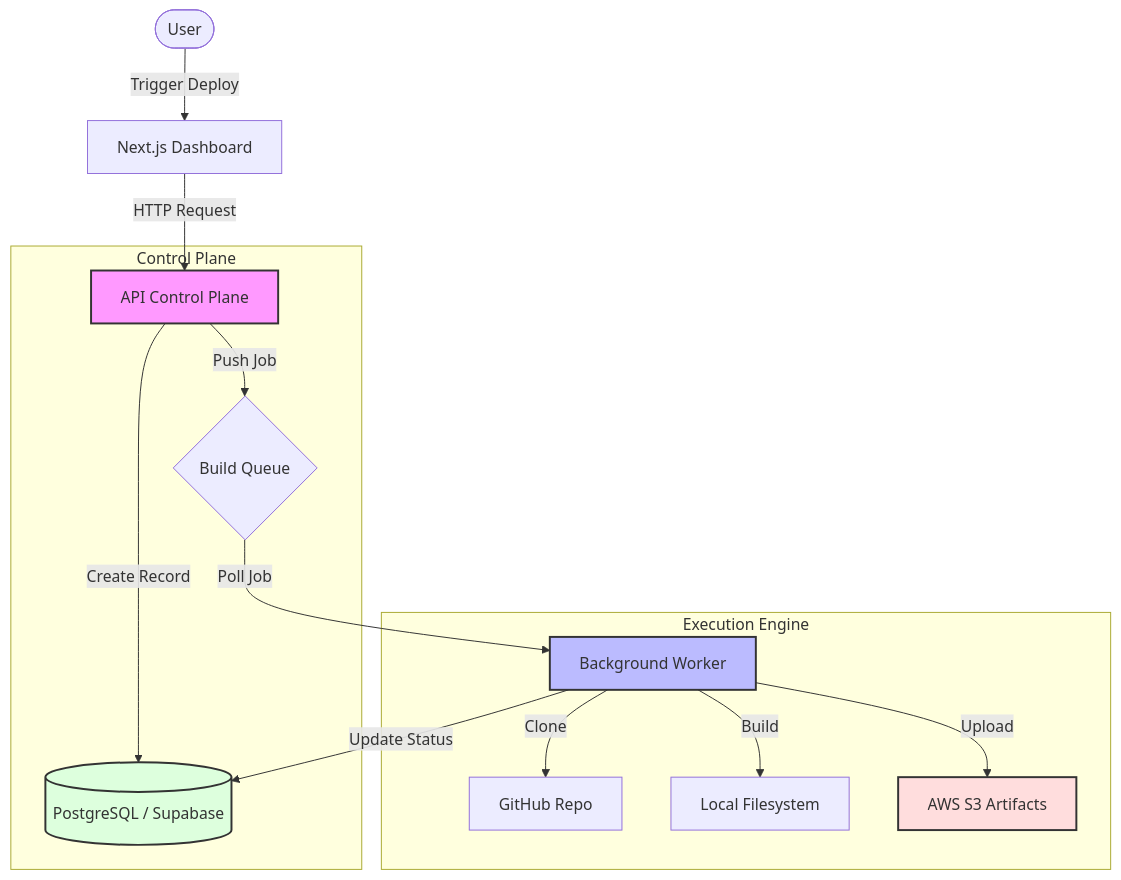
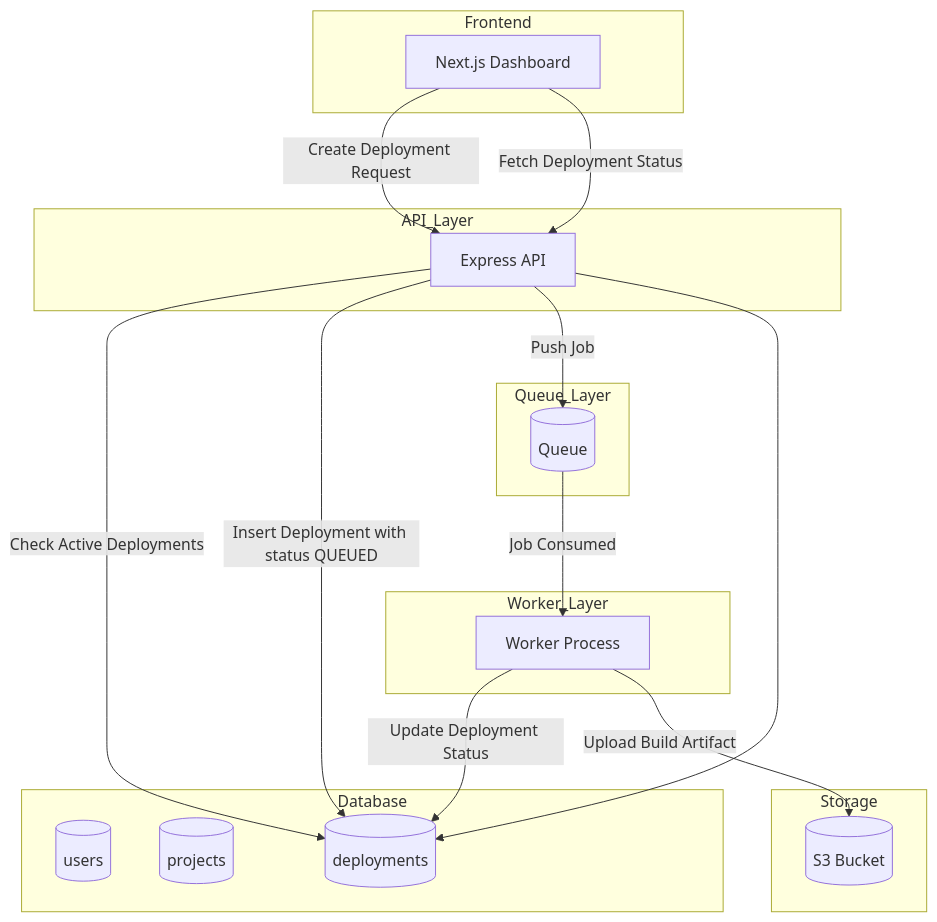
The first of 3 diagrams in README.md (Lancerhawk/DeployForge), drawn with Mermaid before and after one commit. The commit also changed other lines of this file, not shown here.

Commit message:
docs: enhance README with detailed architecture and database diagrams

````diff
--- a/README.md
+++ b/README.md
@@ -35,23 +35,39 @@
 ```mermaid
-graph TD
-    User([User]) -->|Trigger Deploy| FE[Next.js Dashboard]
-    FE -->|HTTP Request| API[API Control Plane]
-    
-    subgraph "Control Plane"
-        API -->|Create Record| DB[(PostgreSQL / Supabase)]
-        API -->|Push Job| Q{Build Queue}
-    end
+flowchart TB
 
-    subgraph "Execution Engine"
-        Q -->|Poll Job| Worker[Background Worker]
-        Worker -->|Update Status| DB
-        Worker -->|Clone| Git[GitHub Repo]
-        Worker -->|Build| Build[Local Filesystem]
-        Worker -->|Upload| S3[AWS S3 Artifacts]
-    end
+subgraph Frontend
+    FE[Next.js Dashboard]
+end
 
-    style API fill:#f9f,stroke:#333,stroke-width:2px
-    style Worker fill:#bbf,stroke:#333,stroke-width:2px
-    style DB fill:#dfd,stroke:#333,stroke-width:2px
-    style S3 fill:#fdd,stroke:#333,stroke-width:2px
+subgraph API_Layer
+    API[Express API]
+end
+
+subgraph Queue_Layer
+    Q[(Queue)]
+end
+
+subgraph Worker_Layer
+    W[Worker Process]
+end
+
+subgraph Database
+    U[(users)]
+    P[(projects)]
+    D[(deployments)]
+end
+
+subgraph Storage
+    S3[(S3 Bucket)]
+end
+
+FE -->|Create Deployment Request| API
+API -->|Check Active Deployments| D
+API -->|Insert Deployment with status QUEUED| D
+API -->|Push Job| Q
+Q -->|Job Consumed| W
+W -->|Update Deployment Status| D
+W -->|Upload Build Artifact| S3
+FE -->|Fetch Deployment Status| API
+API --> D
 ```
````
